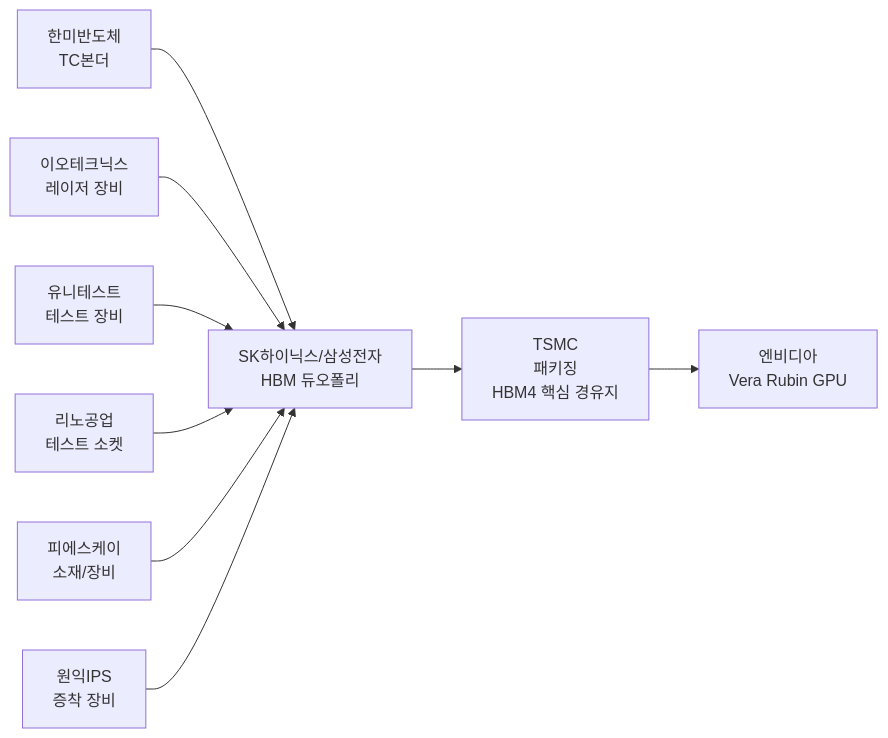
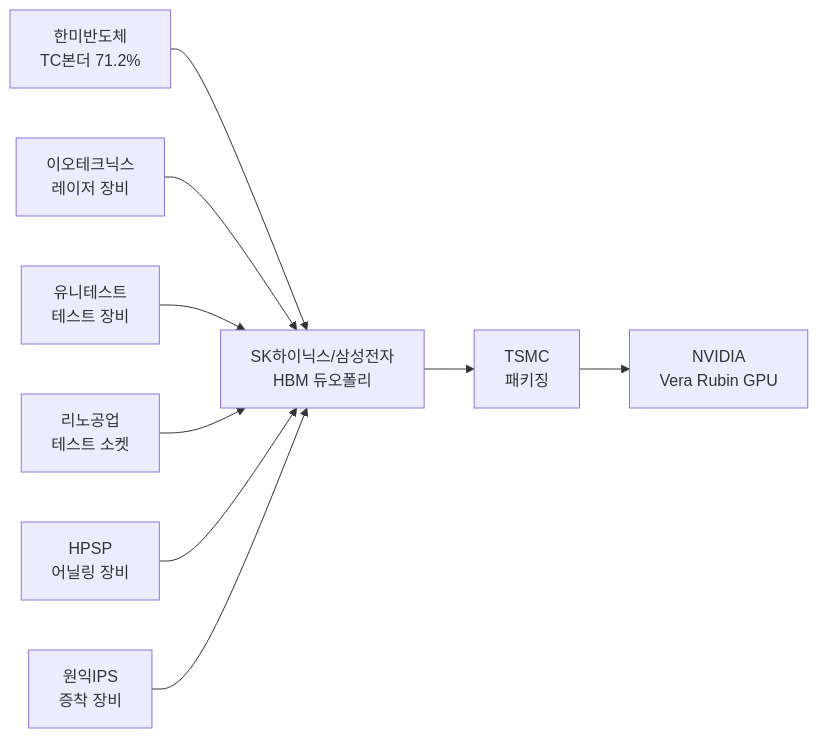
One commit to dss99911/dss99911.github.io changed the first of 2 diagrams in _posts/knowledge/invest/2026-01-21-hbm-sector-outlook-2026.md. Above: the diagram before and after it, drawn with Mermaid. The commit also changed other lines of this file and 14 other files, not shown here.

````diff
--- a/_posts/knowledge/invest/2026-01-21-hbm-sector-outlook-2026.md
+++ b/_posts/knowledge/invest/2026-01-21-hbm-sector-outlook-2026.md
@@ -245,12 +192,12 @@
 ```mermaid
 graph LR
-    A["한미반도체<br/>TC본더"] --> B["SK하이닉스/삼성전자<br/>HBM 듀오폴리"]
-    B --> C["TSMC<br/>패키징<br/>HBM4 핵심 경유지"]
-    C --> D["엔비디아<br/>Vera Rubin GPU"]
+    A["한미반도체<br/>TC본더 71.2%"] --> B["SK하이닉스/삼성전자<br/>HBM 듀오폴리"]
+    B --> C["TSMC<br/>패키징"]
+    C --> D["NVIDIA<br/>Vera Rubin GPU"]
 
     E["이오테크닉스<br/>레이저 장비"] --> B
     F["유니테스트<br/>테스트 장비"] --> B
     G["리노공업<br/>테스트 소켓"] --> B
-    H["피에스케이<br/>소재/장비"] --> B
+    H["HPSP<br/>어닐링 장비"] --> B
     I["원익IPS<br/>증착 장비"] --> B
 ```
````
